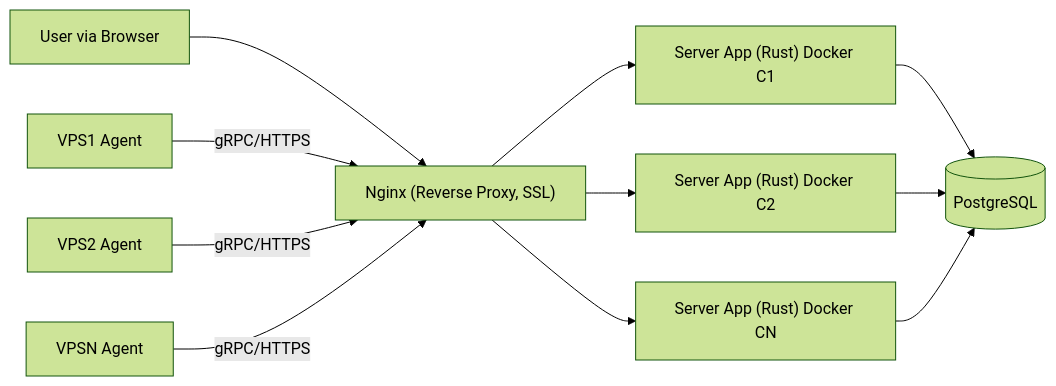
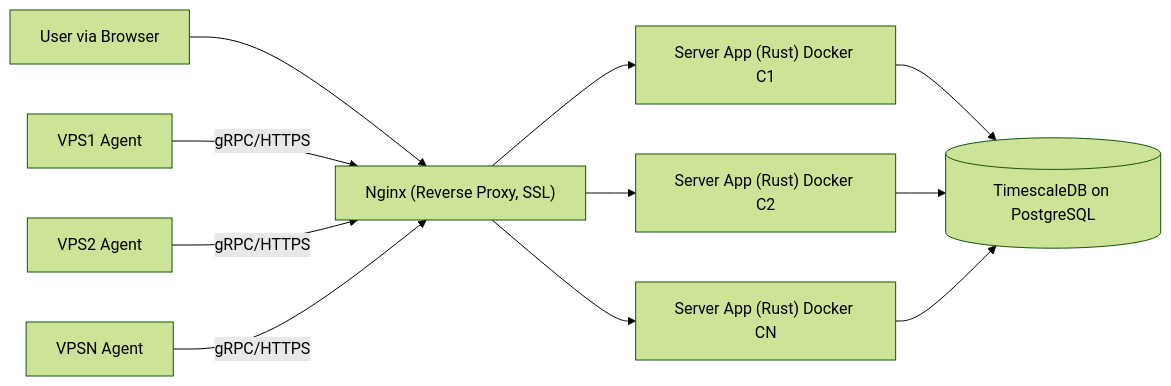
The second of 2 diagrams in docs/arch_design.md (moonheart/NodeNexus), drawn with Mermaid (forest theme) before and after one commit. The commit also changed other lines of this file, not shown here.

````diff
--- a/docs/arch_design.md
+++ b/docs/arch_design.md
@@ -378,21 +378,21 @@
 ```mermaid
 graph LR
     User[User via Browser] --> Nginx["Nginx (Reverse Proxy, SSL)"]
     Nginx --> ServerAppContainer1["Server App (Rust) Docker C1"]
     Nginx --> ServerAppContainer2["Server App (Rust) Docker C2"]
     Nginx --> ServerAppContainerN["Server App (Rust) Docker CN"]
 
-    ServerAppContainer1 --> DB[(PostgreSQL)]
+    ServerAppContainer1 --> DB[(TimescaleDB on PostgreSQL)]
     ServerAppContainer2 --> DB
     ServerAppContainerN --> DB
 
     Agent1[VPS1 Agent] --gRPC/HTTPS--> Nginx
     Agent2[VPS2 Agent] --gRPC/HTTPS--> Nginx
     AgentN[VPSN Agent] --gRPC/HTTPS--> Nginx
 
     %% Optional MQ
     %% ServerAppContainer1 --> MQ([Message Queue])
     %% ServerAppContainer2 --> MQ
     %% ServerAppContainerN --> MQ
     %% MQ --> ServerAppContainer1 %% For consuming tasks/events
 ```
````
